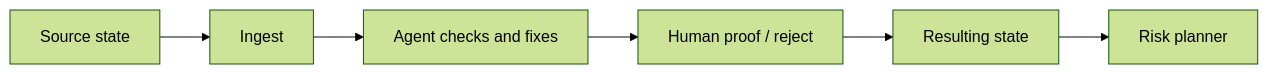
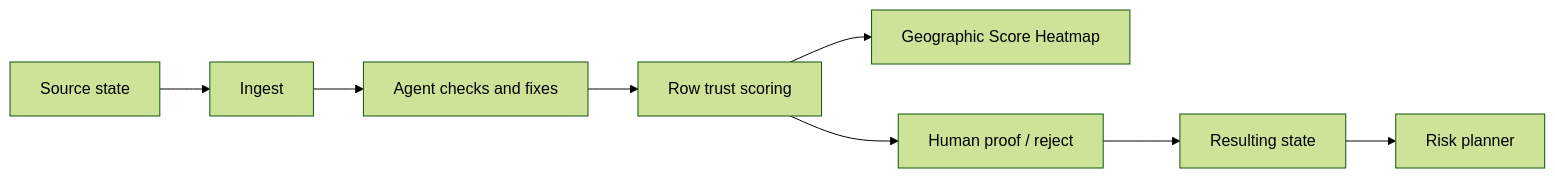
The first of 4 diagrams in app/lib/agents/SPEC.md (motobob/dbx_hack_doctors), drawn with Mermaid (forest theme) before and after one commit. The commit also changed other lines of this file and 26 other files, not shown here.

````diff
--- a/app/lib/agents/SPEC.md
+++ b/app/lib/agents/SPEC.md
@@ -28,8 +31,10 @@
 ```mermaid
 flowchart LR
   raw[Source state] --> ingest[Ingest]
   ingest --> agents[Agent checks and fixes]
-  agents --> gate[Human proof / reject]
+  agents --> score[Row trust scoring]
+  score --> map[Geographic Score Heatmap]
+  score --> gate[Human proof / reject]
   gate --> resulting[Resulting state]
   resulting --> risk[Risk planner]
 ```
````
